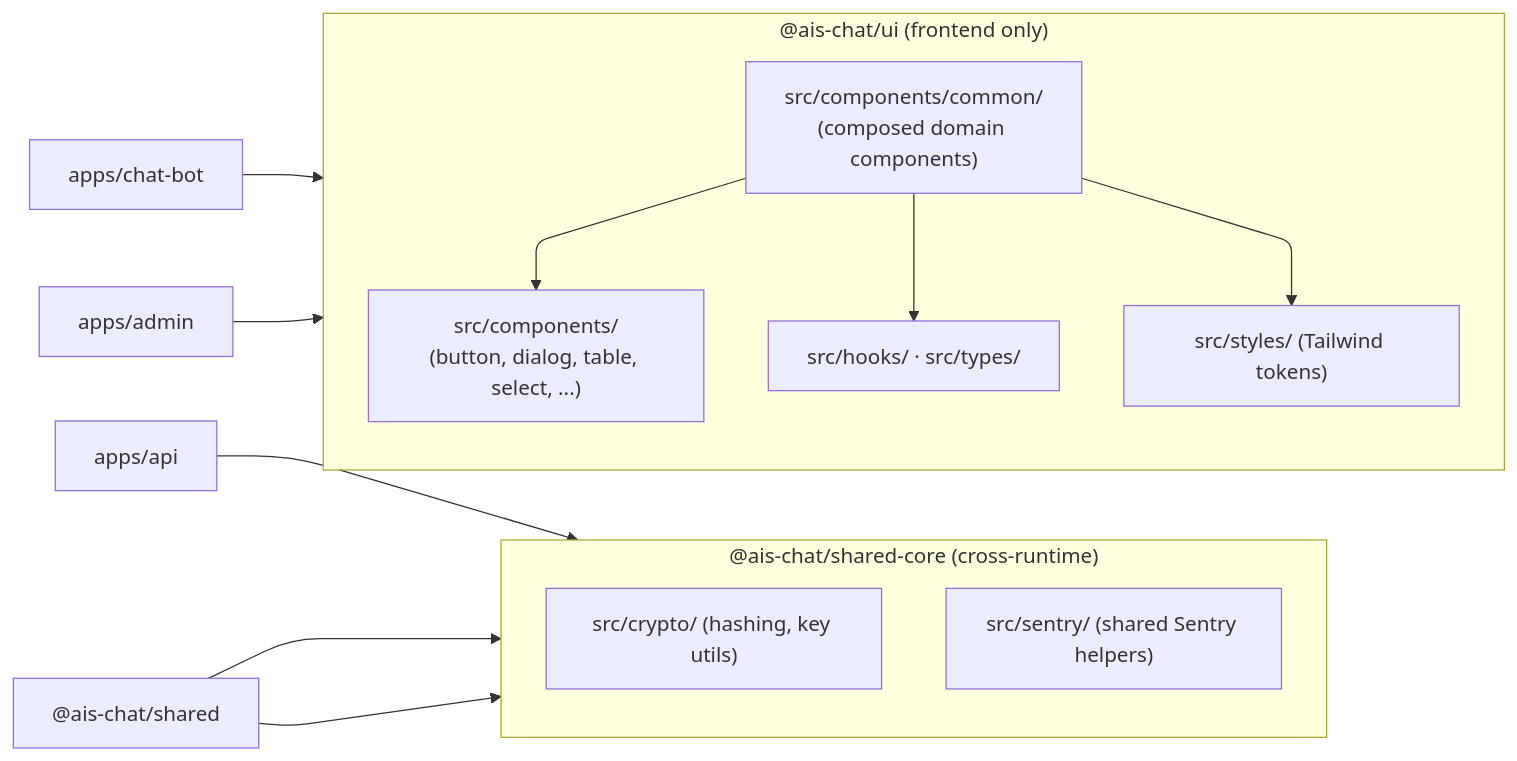
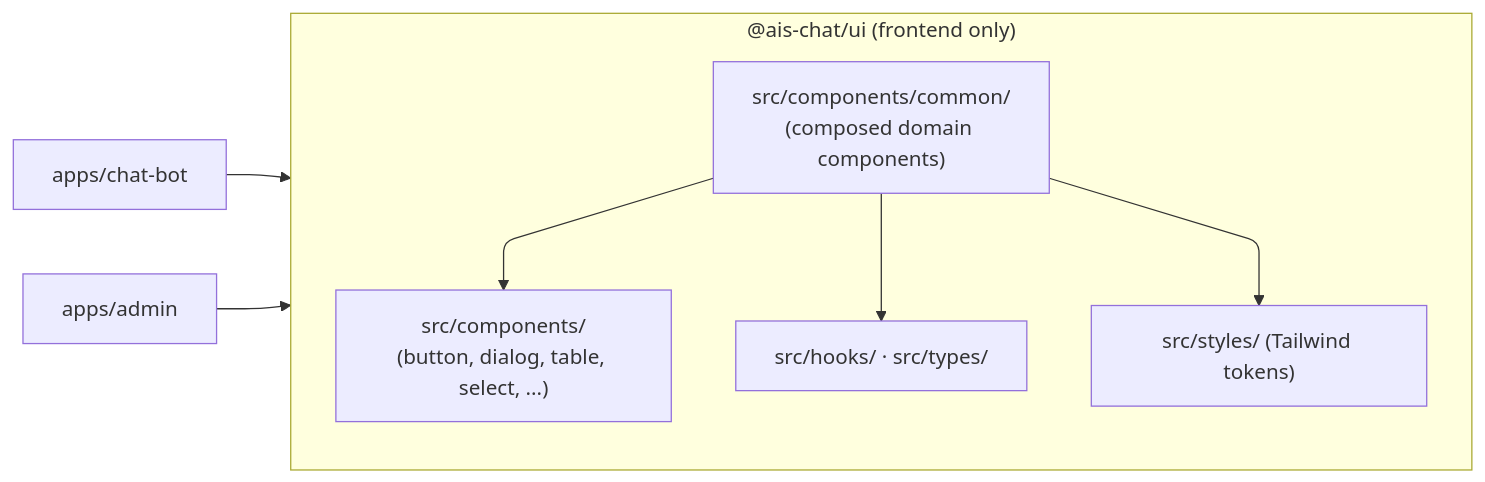
Diagram 11 of 23 in docs/current_architecture/architecture.md (FWU-DE/telli-dialog), drawn with Mermaid before and after one commit. The commit also changed other lines of this file, not shown here.

First line of the commit message:
address PR review comments on architecture docs

````diff
--- a/docs/current_architecture/architecture.md
+++ b/docs/current_architecture/architecture.md
@@ -267,26 +261,17 @@
 ```mermaid
 %%{init: {'flowchart': {'curve': 'rounded'}}}%%
 graph LR
     subgraph ui["@ais-chat/ui (frontend only)"]
         direction TB
         primitives["src/components/\n(button, dialog, table, select, ...)"]
         composites["src/components/common/\n(composed domain components)"]
         hooks["src/hooks/ · src/types/"]
         styles["src/styles/ (Tailwind tokens)"]
         composites --> primitives
         composites --> hooks
         composites --> styles
     end
 
-    subgraph core["@ais-chat/shared-core (cross-runtime)"]
-        direction TB
-        coreutils["src/crypto/ (hashing, key utils)"]
-        coresentry["src/sentry/ (shared Sentry helpers)"]
-    end
-
     chat["apps/chat-bot"] --> composites
     adm["apps/admin"] --> composites
-    api["apps/api"] --> coreutils
-    shared["@ais-chat/shared"] --> coreutils
-    shared --> coresentry
 ```
````
